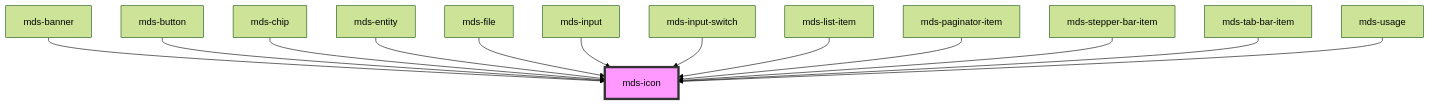
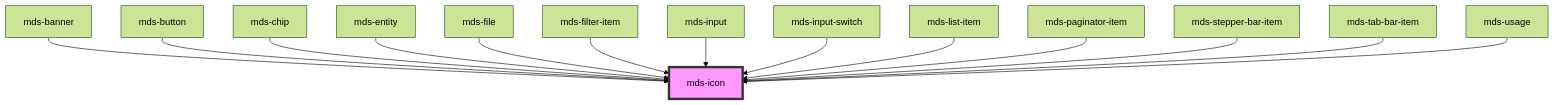
The diagram in projects/stencil/src/components/mds-icon/readme.md (magma-design-system/magma), drawn with Mermaid (forest theme) before and after one commit. The commit also changed other lines of this file, not shown here.

````diff
--- a/projects/stencil/src/components/mds-icon/readme.md
+++ b/projects/stencil/src/components/mds-icon/readme.md
@@ -112,16 +113,17 @@
 ```mermaid
 graph TD;
   mds-banner --> mds-icon
   mds-button --> mds-icon
   mds-chip --> mds-icon
   mds-entity --> mds-icon
   mds-file --> mds-icon
+  mds-filter-item --> mds-icon
   mds-input --> mds-icon
   mds-input-switch --> mds-icon
   mds-list-item --> mds-icon
   mds-paginator-item --> mds-icon
   mds-stepper-bar-item --> mds-icon
   mds-tab-bar-item --> mds-icon
   mds-usage --> mds-icon
   style mds-icon fill:#f9f,stroke:#333,stroke-width:4px
 ```
````
